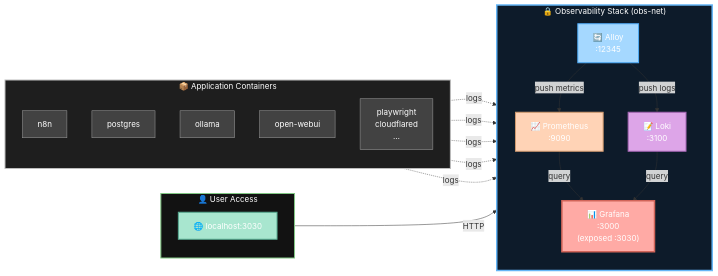
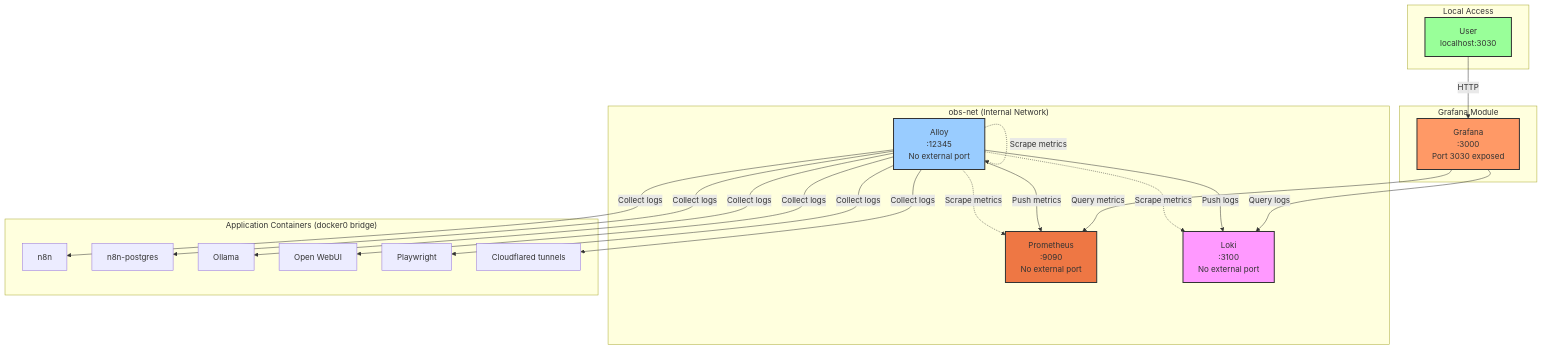
The diagram in modules/observability/docs/phase2-complete-doc.md (degser00/Docker-Techstack), drawn with Mermaid before and after one commit. The commit also changed 28 other files, not shown here.

````diff
--- a/modules/observability/docs/phase2-complete-doc.md
+++ b/modules/observability/docs/phase2-complete-doc.md
@@ -214,69 +214,48 @@
 ```mermaid
-flowchart LR
-    %% -------------------------------------------------
-    %%  USER
-    %% -------------------------------------------------
-    subgraph user ["👤 User Access"]
-        direction TB
-        U["🌐 localhost:3030"]
+graph TB
+    subgraph "Local Access"
+        User[User<br/>localhost:3030]
     end
 
-    %% -------------------------------------------------
-    %%  APPLICATION CONTAINERS
-    %% -------------------------------------------------
-    subgraph apps ["📦 Application Containers"]
-        direction TB
-        N["n8n"]
-        DB["postgres"]
-        OLL["ollama"]
-        OWU["open-webui"]
-        PW["playwright<br/>cloudflared<br/>…"]
+    subgraph "Grafana Module"
+        Grafana[Grafana<br/>:3000<br/>Port 3030 exposed]
     end
 
-    %% -------------------------------------------------
-    %%  OBSERVABILITY STACK
-    %% -------------------------------------------------
-    subgraph obs ["🔒 Observability Stack (obs-net)"]
-        direction TB
-        A["🔄 Alloy<br/>:12345"]
-        P["📈 Prometheus<br/>:9090"]
-        L["📝 Loki<br/>:3100"]
-        G["📊 Grafana<br/>:3000<br/>(exposed :3030)"]
+    subgraph "obs-net (Internal Network)"
+        Prometheus[Prometheus<br/>:9090<br/>No external port]
+        Loki[Loki<br/>:3100<br/>No external port]
+        Alloy[Alloy<br/>:12345<br/>No external port]
     end
 
-    %% -------------------------------------------------
-    %%  DATA FLOW
-    %% -------------------------------------------------
-    U -->|"HTTP"| G
+    subgraph "Application Containers (docker0 bridge)"
+        N8N[n8n]
+        Postgres[n8n-postgres]
+        Ollama[Ollama]
+        OpenWebUI[Open WebUI]
+        Playwright[Playwright]
+        Cloudflared[Cloudflared tunnels]
+    end
 
-    N -.->|"logs"| A
-    DB -.->|"logs"| A
-    OLL -.->|"logs"| A
-    OWU -.->|"logs"| A
-    PW -.->|"logs"| A
+    User -->|HTTP| Grafana
+    Grafana -->|Query metrics| Prometheus
+    Grafana -->|Query logs| Loki
+    
+    Alloy -->|Push metrics| Prometheus
+    Alloy -->|Push logs| Loki
+    Alloy -.->|Scrape metrics| Prometheus
+    Alloy -.->|Scrape metrics| Loki
+    Alloy -.->|Scrape metrics| Alloy
+    
+    Alloy -->|Collect logs| N8N
+    Alloy -->|Collect logs| Postgres
+    Alloy -->|Collect logs| Ollama
+    Alloy -->|Collect logs| OpenWebUI
+    Alloy -->|Collect logs| Playwright
+    Alloy -->|Collect logs| Cloudflared
 
-    A -->|"push metrics"| P
-    A -->|"push logs"| L
-
-    P -->|"query"| G
-    L -->|"query"| G
-
-    %% -------------------------------------------------
-    %%  COLOURS – dark zones, white text, white arrows
-    %% -------------------------------------------------
-    style U      fill:#a8e6cf,stroke:#56ab91,stroke-width:2px,color:#ffffff
-    style G      fill:#ffaaa5,stroke:#d16459,stroke-width:3px,color:#ffffff
-    style P      fill:#ffd3b6,stroke:#d19a6e,stroke-width:2px,color:#ffffff
-    style L      fill:#dda5e8,stroke:#a366b3,stroke-width:2px,color:#ffffff
-    style A      fill:#a5d8ff,stroke:#4dabf7,stroke-width:2px,color:#ffffff
-
-    style N      fill:#424242,stroke:#9e9e9e,stroke-width:1px,color:#ffffff
-    style DB     fill:#424242,stroke:#9e9e9e,stroke-width:1px,color:#ffffff
-    style OLL    fill:#424242,stroke:#9e9e9e,stroke-width:1px,color:#ffffff
-    style OWU    fill:#424242,stroke:#9e9e9e,stroke-width:1px,color:#ffffff
-    style PW     fill:#424242,stroke:#9e9e9e,stroke-width:1px,color:#ffffff
-
-    style user   fill:#121212,stroke:#81c784,stroke-width:2px,color:#ffffff
-    style obs    fill:#0d1b2a,stroke:#64b5f6,stroke-width:3px,color:#ffffff
-    style apps   fill:#1e1e1e,stroke:#bdbdbd,stroke-width:2px,color:#ffffff
+    style Grafana fill:#f96,stroke:#333,stroke-width:2px
+    style Prometheus fill:#e74,stroke:#333,stroke-width:2px
+    style Loki fill:#f9f,stroke:#333,stroke-width:2px
+    style Alloy fill:#9cf,stroke:#333,stroke-width:2px
+    style User fill:#9f9,stroke:#333,stroke-width:2px
 ```
````
